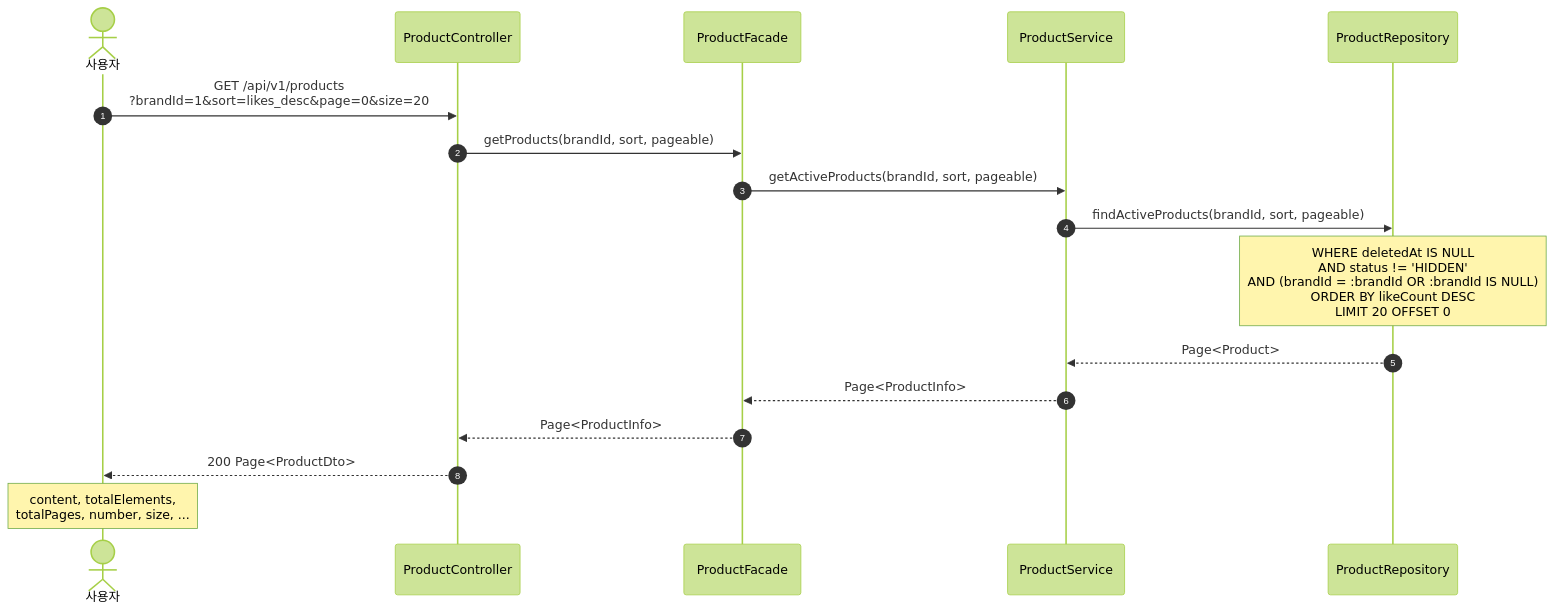
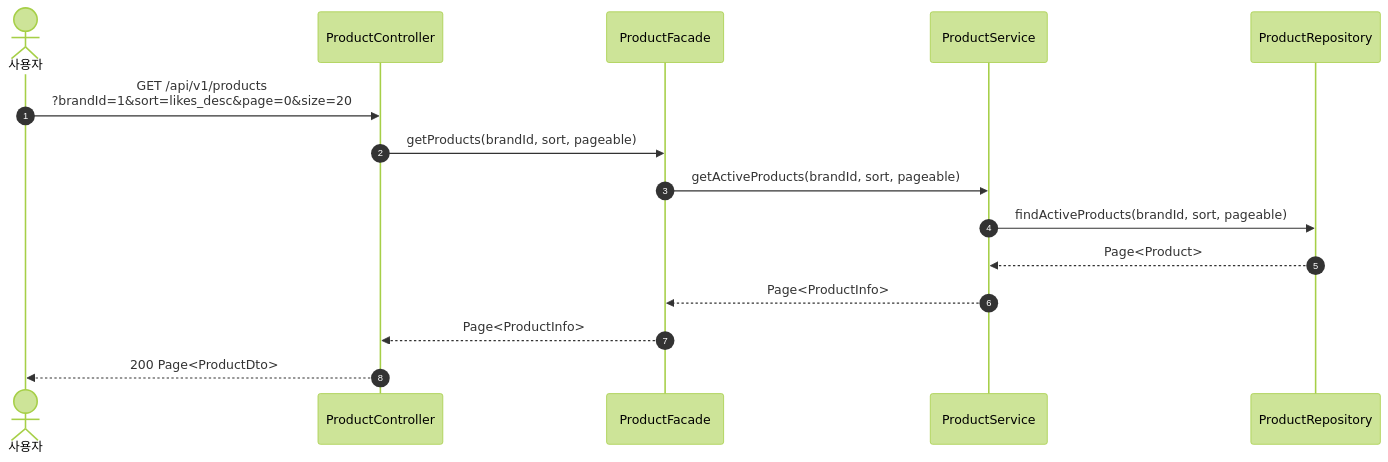
Before and after one commit to Loopers-dev-lab/loop-pack-be-l2-vol3-kotlin: the second of 21 diagrams in docs/design/02-sequence-diagrams.md, drawn with Mermaid (forest theme). The commit also changed other lines of this file and 5 other files, not shown here.

````diff
--- a/docs/design/02-sequence-diagrams.md
+++ b/docs/design/02-sequence-diagrams.md
@@ -51,19 +59,17 @@
 ```mermaid
 sequenceDiagram
     autonumber
     actor User as 사용자
     participant C as ProductController
     participant F as ProductFacade
     participant PS as ProductService
     participant PR as ProductRepository
     User ->> C: GET /api/v1/products<br/>?brandId=1&sort=likes_desc&page=0&size=20
     C ->> F: getProducts(brandId, sort, pageable)
     F ->> PS: getActiveProducts(brandId, sort, pageable)
     PS ->> PR: findActiveProducts(brandId, sort, pageable)
-    Note over PR: WHERE deletedAt IS NULL<br/>AND status != 'HIDDEN'<br/>AND (brandId = :brandId OR :brandId IS NULL)<br/>ORDER BY likeCount DESC<br/>LIMIT 20 OFFSET 0
     PR -->> PS: Page<Product>
     PS -->> F: Page<ProductInfo>
     F -->> C: Page<ProductInfo>
     C -->> User: 200 Page<ProductDto>
-    Note over User: content, totalElements,<br/>totalPages, number, size, ...
 ```
````
